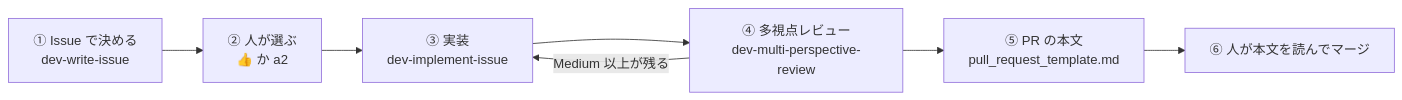
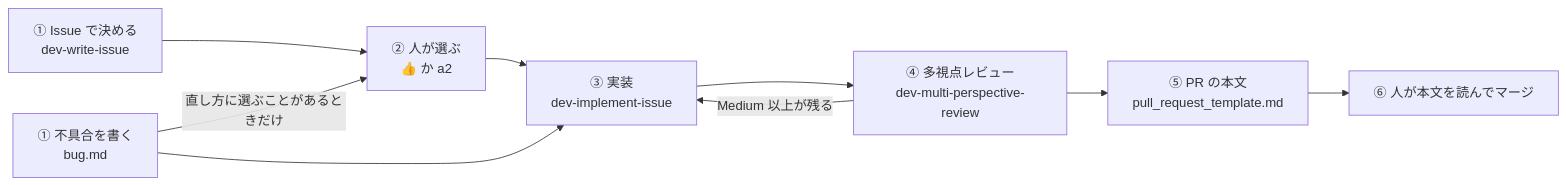
One commit to ShuntaToda/review-canvas changed the diagram in docs/development.md. Above: the diagram before and after it, drawn with Mermaid. The commit also changed other lines of this file and 5 other files, not shown here.

````diff
--- a/docs/development.md
+++ b/docs/development.md
@@ -137,9 +137,11 @@
 ```mermaid
 flowchart LR
   A["① Issue で決める<br/>dev-write-issue"] --> B["② 人が選ぶ<br/>👍 か a2"]
+  G["① 不具合を書く<br/>bug.md"] -->|直し方に選ぶことがあるときだけ| B
+  G --> C
   B --> C["③ 実装<br/>dev-implement-issue"]
   C --> D["④ 多視点レビュー<br/>dev-multi-perspective-review"]
   D -->|Medium 以上が残る| C
   D --> E["⑤ PR の本文<br/>pull_request_template.md"]
   E --> F["⑥ 人が本文を読んでマージ"]
 ```
````
